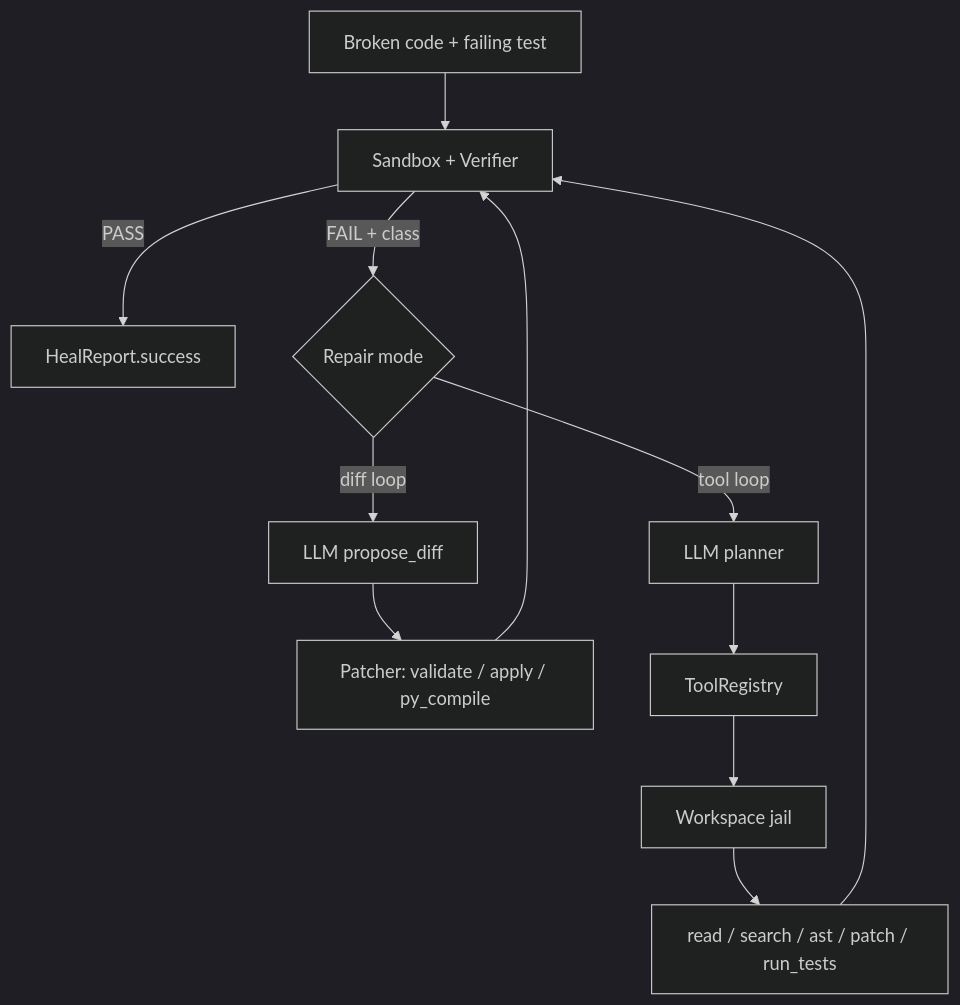
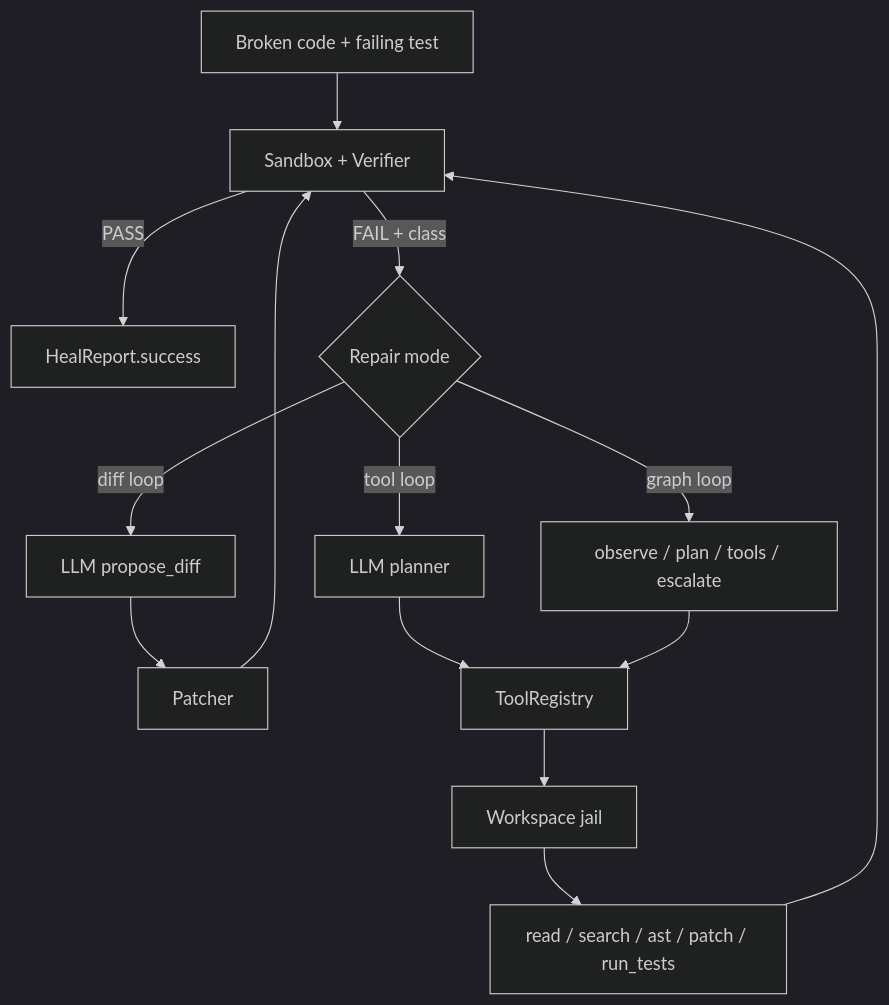
Before and after one commit to OlegUnreal/self-healing-pipeline: the diagram in README.md, drawn with Mermaid (dark theme). The commit also changed other lines of this file and 2 other files, not shown here.

Commit message:
Update README and architecture for the graph loop

````diff
--- a/README.md
+++ b/README.md
@@ -44,14 +28,16 @@
 ```mermaid
 flowchart TD
     A[Broken code + failing test] --> B[Sandbox + Verifier]
     B -->|PASS| Z[HealReport.success]
     B -->|FAIL + class| C{Repair mode}
     C -->|diff loop| D[LLM propose_diff]
-    D --> E[Patcher: validate / apply / py_compile]
+    D --> E[Patcher]
     E --> B
     C -->|tool loop| F[LLM planner]
     F --> G[ToolRegistry]
     G --> H[Workspace jail]
     H --> I[read / search / ast / patch / run_tests]
     I --> B
+    C -->|graph loop| J[observe / plan / tools / escalate]
+    J --> G
 ```
````
